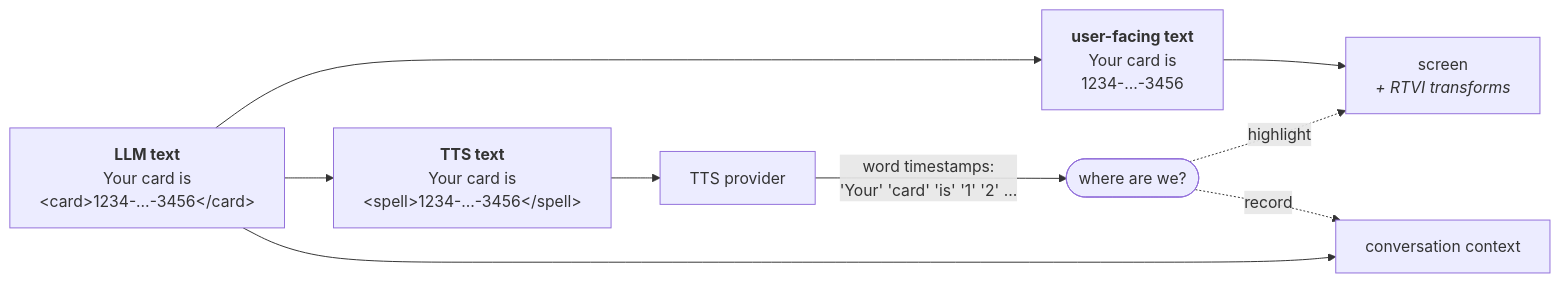
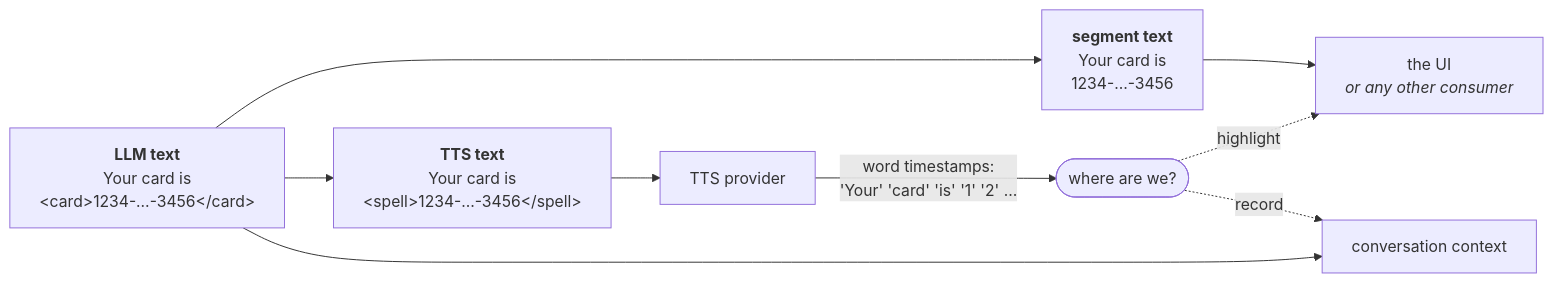
Before and after one commit to martinstiago/pipecat: the first of 2 diagrams in docs/architecture/README.md, drawn with Mermaid. The commit also changed other lines of this file and 5 other files, not shown here.

````diff
--- a/docs/architecture/README.md
+++ b/docs/architecture/README.md
@@ -38,12 +39,12 @@
 ```mermaid
 flowchart LR
     LLM["<b>LLM text</b><br/>Your card is<br/>&lt;card&gt;1234-…-3456&lt;/card&gt;"]
-    LLM --> UF["<b>user-facing text</b><br/>Your card is<br/>1234-…-3456"]
+    LLM --> UF["<b>segment text</b><br/>Your card is<br/>1234-…-3456"]
     LLM --> TTS["<b>TTS text</b><br/>Your card is<br/>&lt;spell&gt;1234-…-3456&lt;/spell&gt;"]
-    UF --> UI["screen<br/><i>+ RTVI transforms</i>"]
+    UF --> UI["the UI<br/><i>or any other consumer</i>"]
     LLM --> CTX["conversation context"]
     TTS --> PROV["TTS provider"]
     PROV -->|"word timestamps:<br/>'Your' 'card' 'is' '1' '2' …"| BACK(["where are we?"])
     BACK -.->|highlight| UI
     BACK -.->|record| CTX
 ```
````
